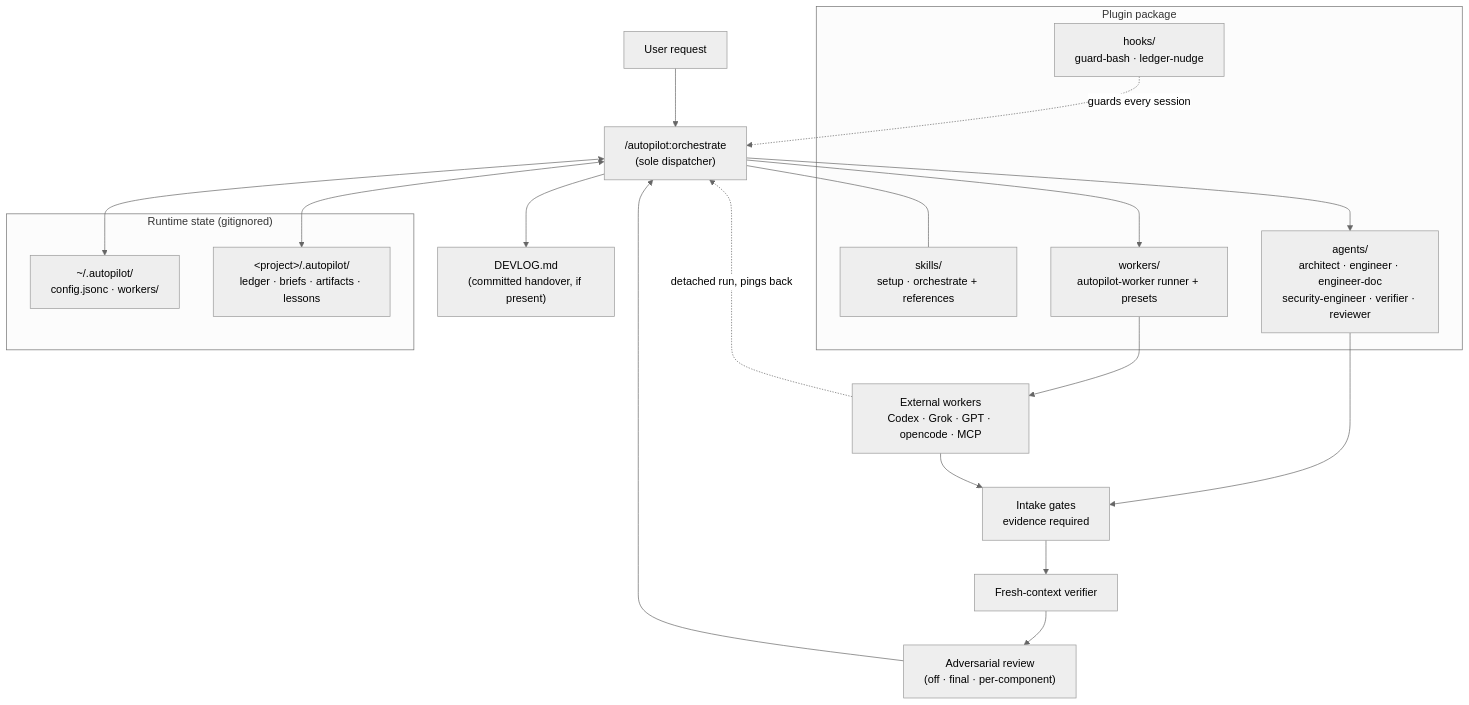
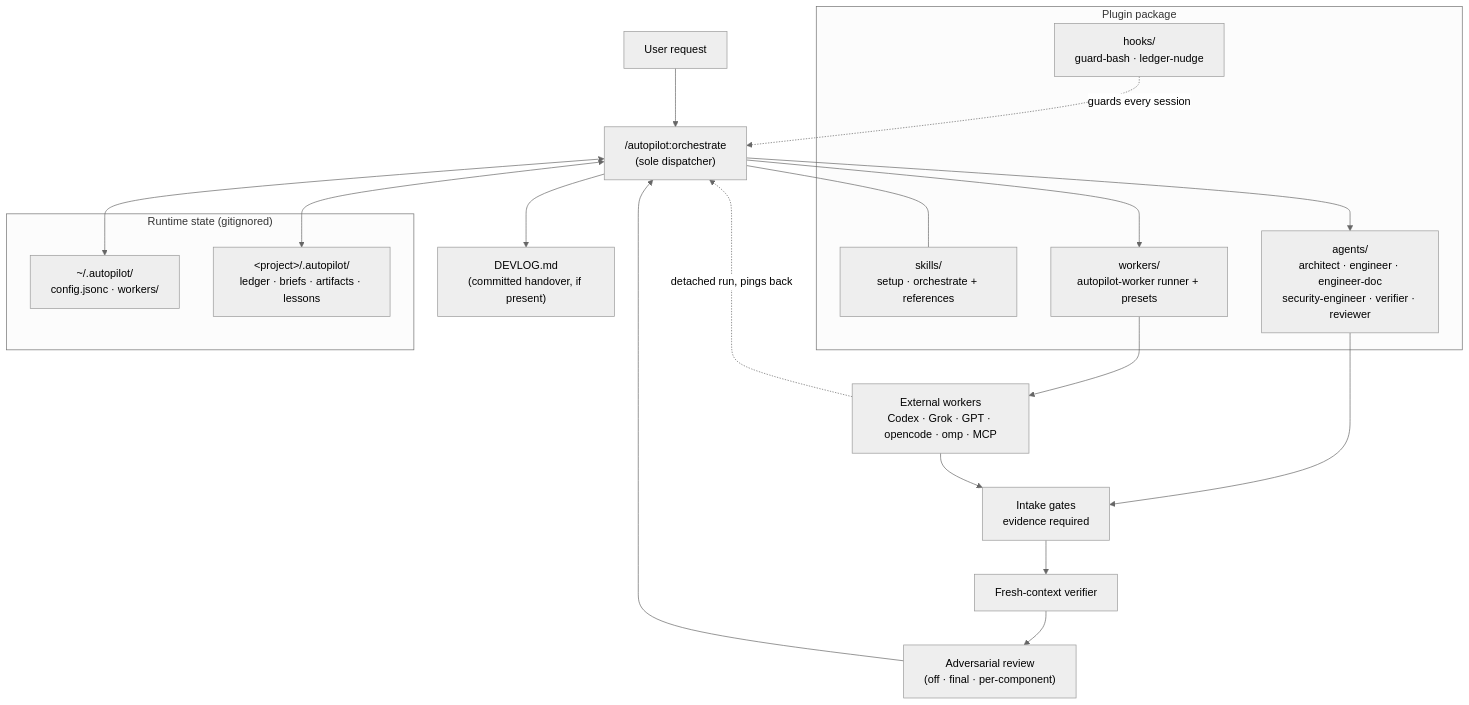
The diagram in README.md (sayre4ux/autopilot), drawn with Mermaid (neutral theme) before and after one commit. The commit also changed other lines of this file and 7 other files, not shown here.

````diff
--- a/README.md
+++ b/README.md
@@ -110,34 +110,34 @@
 ```mermaid
 flowchart TB
     U[User request] --> O["/autopilot:orchestrate<br/>(sole dispatcher)"]
 
     subgraph plugin["Plugin package"]
         SK["skills/<br/>setup · orchestrate + references"]
         AG["agents/<br/>architect · engineer · engineer-doc<br/>security-engineer · verifier · reviewer"]
         HK["hooks/<br/>guard-bash · ledger-nudge"]
         WR["workers/<br/>autopilot-worker runner + presets"]
     end
 
     O --- SK
     O --> AG
     O --> WR
     HK -.guards every session.-> O
 
-    WR --> EXT["External workers<br/>Codex · Grok · GPT · opencode · MCP"]
+    WR --> EXT["External workers<br/>Codex · Grok · GPT · opencode · omp · MCP"]
     EXT -. detached run, pings back .-> O
 
     AG --> IN[Intake gates<br/>evidence required]
     EXT --> IN
     IN --> VF[Fresh-context verifier]
     VF --> RV["Adversarial review<br/>(off · final · per-component)"]
     RV --> O
 
     subgraph state["Runtime state (gitignored)"]
         G["~/.autopilot/<br/>config.jsonc · workers/"]
         P["&lt;project&gt;/.autopilot/<br/>ledger · briefs · artifacts · lessons"]
     end
 
     O <--> P
     O <--> G
     O --> DL["DEVLOG.md<br/>(committed handover, if present)"]
 ```
````
